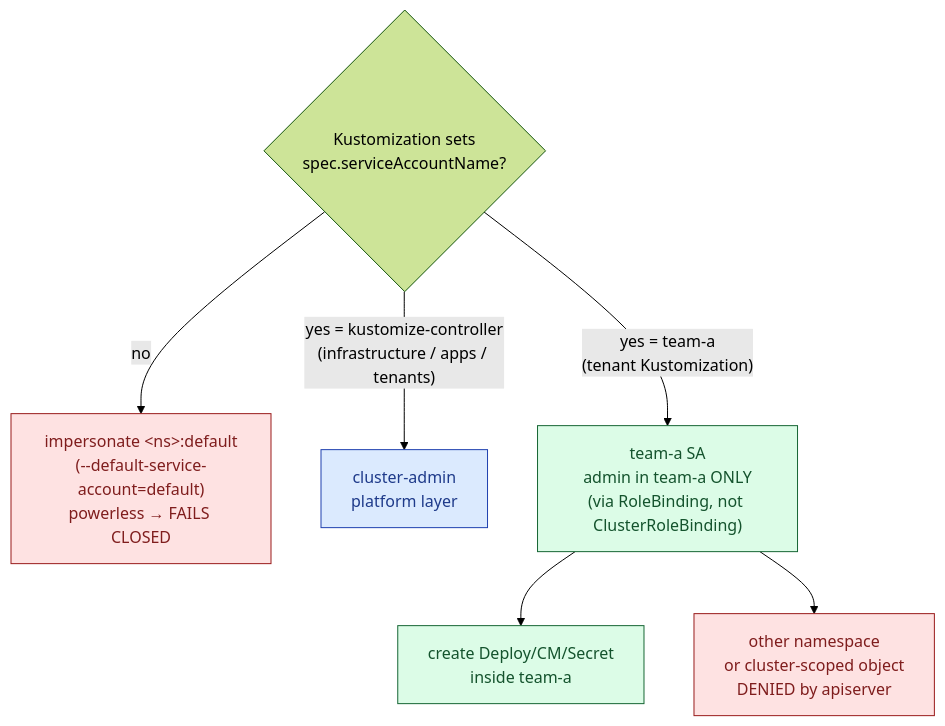
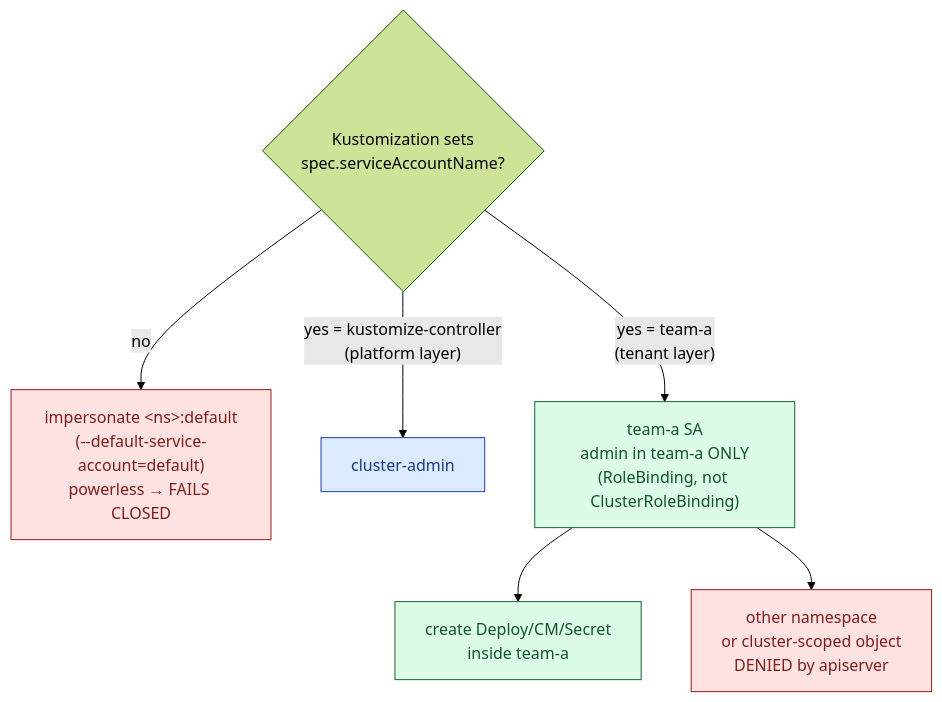
Before and after one commit to slikk66/fleet-infra: the third of 6 diagrams in docs/tenancy-architecture.md, drawn with Mermaid (forest theme). The commit also changed other lines of this file and 2 other files, not shown here.

First line of the commit message:
docs: expand tenancy-architecture to all 3 boundaries + MIG; CHEATSHEET session 8

````diff
--- a/docs/tenancy-architecture.md
+++ b/docs/tenancy-architecture.md
@@ -67,14 +99,14 @@
 ```mermaid
 flowchart TB
   classDef plat fill:#dbeafe,stroke:#1e40af,color:#1e3a8a;
   classDef tenant fill:#dcfce7,stroke:#166534,color:#14532d;
   classDef deny fill:#fee2e2,stroke:#991b1b,color:#7f1d1d;
 
   Q{"Kustomization sets<br/>spec.serviceAccountName?"}
   Q -->|"no"| DEF["impersonate &lt;ns&gt;:default<br/>(--default-service-account=default)<br/>powerless → FAILS CLOSED"]:::deny
-  Q -->|"yes = kustomize-controller<br/>(infrastructure / apps / tenants)"| PLAT["cluster-admin<br/>platform layer"]:::plat
-  Q -->|"yes = team-a<br/>(tenant Kustomization)"| TEN["team-a SA<br/>admin in team-a ONLY<br/>(via RoleBinding, not ClusterRoleBinding)"]:::tenant
+  Q -->|"yes = kustomize-controller<br/>(platform layer)"| PLAT["cluster-admin"]:::plat
+  Q -->|"yes = team-a<br/>(tenant layer)"| TEN["team-a SA<br/>admin in team-a ONLY<br/>(RoleBinding, not ClusterRoleBinding)"]:::tenant
 
   TEN --> OKa["create Deploy/CM/Secret<br/>inside team-a"]:::tenant
   TEN --> NOa["other namespace<br/>or cluster-scoped object<br/>DENIED by apiserver"]:::deny
 ```
````
